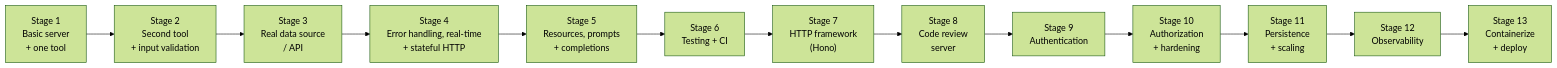
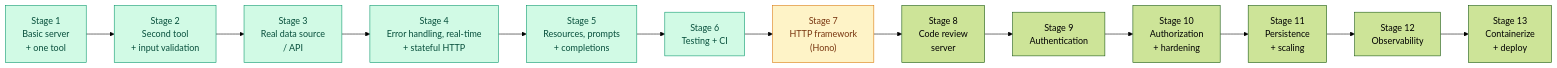
Before and after one commit to shadmaanAsif/MCP-Explorer: the diagram in README.md, drawn with Mermaid (forest theme). The commit also changed other lines of this file and 2 other files, not shown here.

````diff
--- a/README.md
+++ b/README.md
@@ -72,15 +73,20 @@
 ```mermaid
 flowchart LR
     S1["Stage 1<br/>Basic server<br/>+ one tool"] --> S2["Stage 2<br/>Second tool<br/>+ input validation"]
     S2 --> S3["Stage 3<br/>Real data source<br/>/ API"]
     S3 --> S4["Stage 4<br/>Error handling, real-time<br/>+ stateful HTTP"]
     S4 --> S5["Stage 5<br/>Resources, prompts<br/>+ completions"]
     S5 --> S6["Stage 6<br/>Testing + CI"]
     S6 --> S7["Stage 7<br/>HTTP framework<br/>(Hono)"]
     S7 --> S8["Stage 8<br/>Code review<br/>server"]
     S8 --> S9["Stage 9<br/>Authentication"]
     S9 --> S10["Stage 10<br/>Authorization<br/>+ hardening"]
     S10 --> S11["Stage 11<br/>Persistence<br/>+ scaling"]
     S11 --> S12["Stage 12<br/>Observability"]
     S12 --> S13["Stage 13<br/>Containerize<br/>+ deploy"]
+
+    classDef built fill:#d1fae5,stroke:#059669,color:#064e3b
+    classDef current fill:#fef3c7,stroke:#d97706,color:#78350f
+    class S1,S2,S3,S4,S5,S6 built
+    class S7 current
 ```
````
